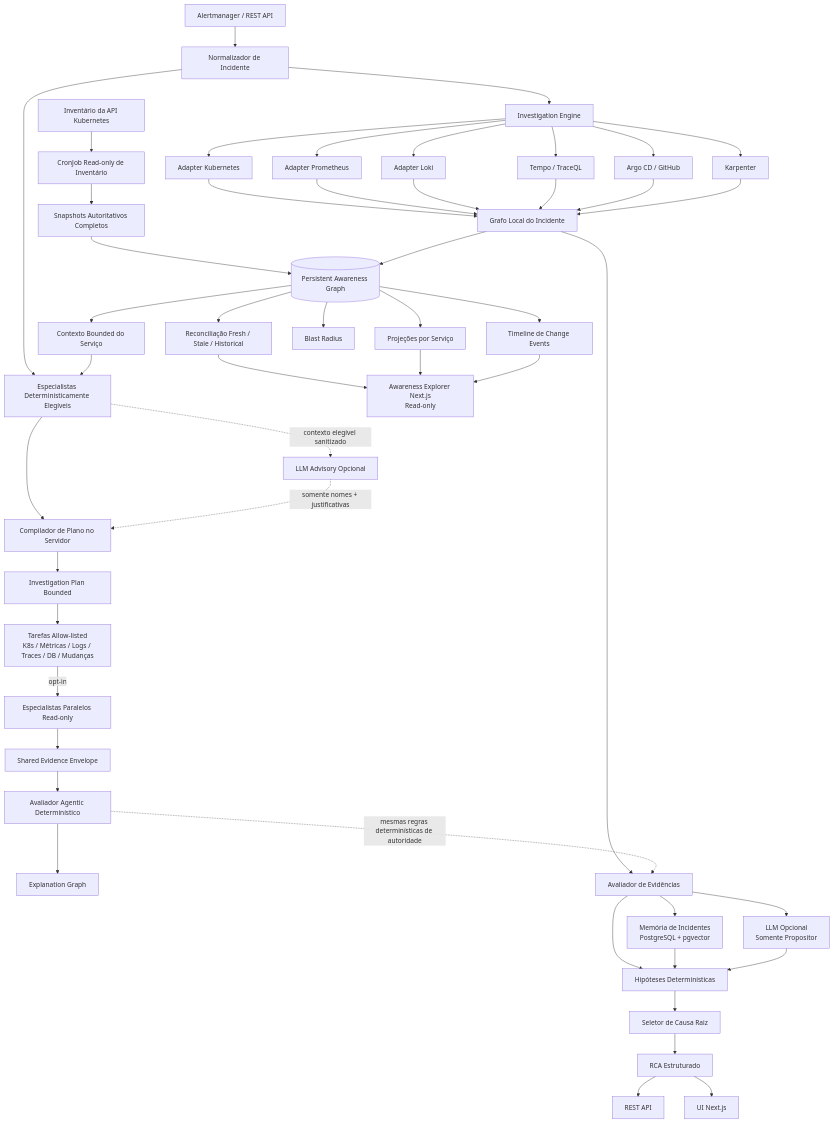
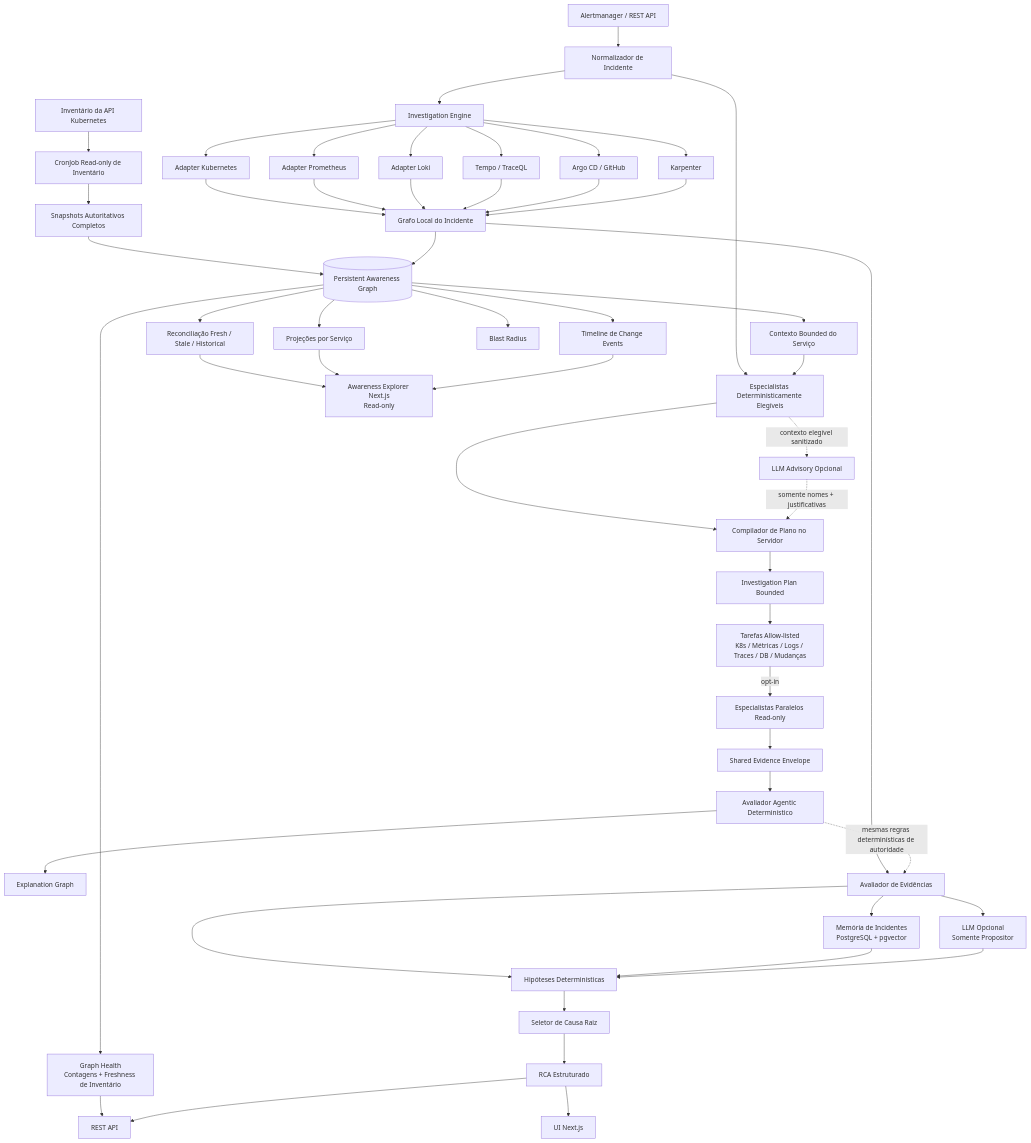
Before and after one commit to marcocristofolini/ai-sre-rca: the first of 24 diagrams in docs/architecture.pt-BR.md, drawn with Mermaid. The commit also changed other lines of this file, not shown here.

Commit message:
docs: add awareness graph health architecture pt-br

````diff
--- a/docs/architecture.pt-BR.md
+++ b/docs/architecture.pt-BR.md
@@ -7,56 +7,58 @@
 ```mermaid
 flowchart TD
     A[Alertmanager / REST API] --> N[Normalizador de Incidente]
     N --> EL[Especialistas Deterministicamente Elegíveis]
     N --> I[Investigation Engine]
 
     KINV[Inventário da API Kubernetes] --> KCRON[CronJob Read-only de Inventário]
     KCRON --> KSNAP[Snapshots Autoritativos Completos]
     KSNAP --> PAG[(Persistent Awareness Graph)]
     PAG --> CTX[Contexto Bounded do Serviço]
     CTX --> EL
     EL --> COMP[Compilador de Plano no Servidor]
     EL -. contexto elegível sanitizado .-> MPL[LLM Advisory Opcional]
     MPL -. somente nomes + justificativas .-> COMP
     COMP --> PLAN[Investigation Plan Bounded]
     PLAN --> PT[Tarefas Allow-listed<br/>K8s / Métricas / Logs / Traces / DB / Mudanças]
     PT -->|opt-in| ORCH[Especialistas Paralelos Read-only]
     ORCH --> SE[Shared Evidence Envelope]
     SE --> AE[Avaliador Agentic Determinístico]
     AE --> XG[Explanation Graph]
 
     I --> K[Adapter Kubernetes]
     I --> P[Adapter Prometheus]
     I --> L[Adapter Loki]
     I --> T[Tempo / TraceQL]
     I --> AR[Argo CD / GitHub]
     I --> KA[Karpenter]
 
     K --> LG[Grafo Local do Incidente]
     P --> LG
     L --> LG
     T --> LG
     AR --> LG
     KA --> LG
 
     LG --> EV[Avaliador de Evidências]
     AE -. mesmas regras determinísticas de autoridade .-> EV
     LG --> PAG
     PAG --> REC[Reconciliação Fresh / Stale / Historical]
+    PAG --> GH[Graph Health<br/>Contagens + Freshness de Inventário]
     PAG --> SV[Projeções por Serviço]
     PAG --> BR[Blast Radius]
     PAG --> CE[Timeline de Change Events]
+    GH --> API
     REC --> AUI[Awareness Explorer Next.js<br/>Read-only]
     SV --> AUI
     CE --> AUI
 
     EV --> H[Hipóteses Determinísticas]
     EV --> MEM[Memória de Incidentes<br/>PostgreSQL + pgvector]
     EV --> LLM[LLM Opcional<br/>Somente Propositor]
     MEM --> H
     LLM --> H
     H --> RC[Seletor de Causa Raiz]
     RC --> RCA[RCA Estruturado]
     RCA --> API[REST API]
     RCA --> UI[UI Next.js]
 ```
````
